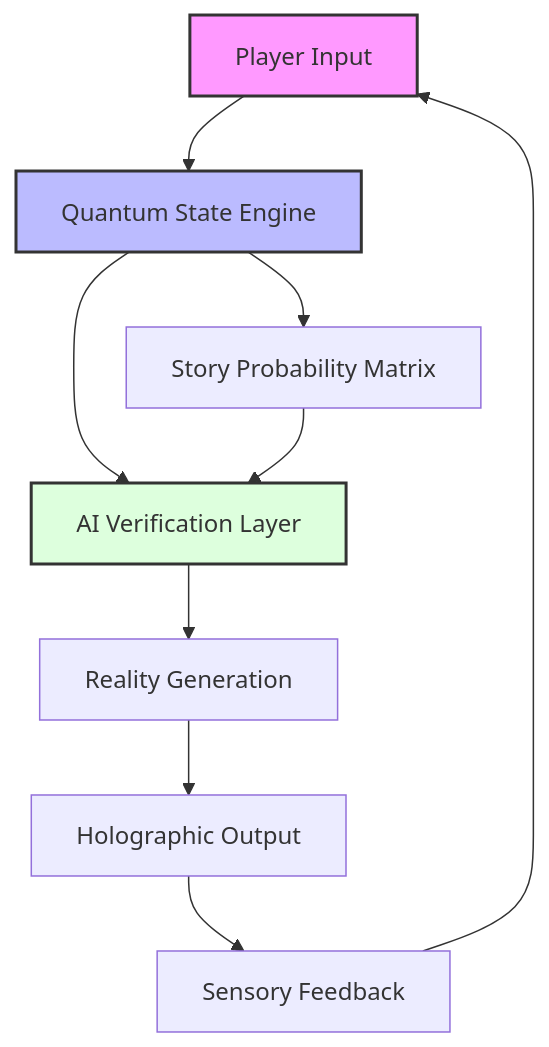
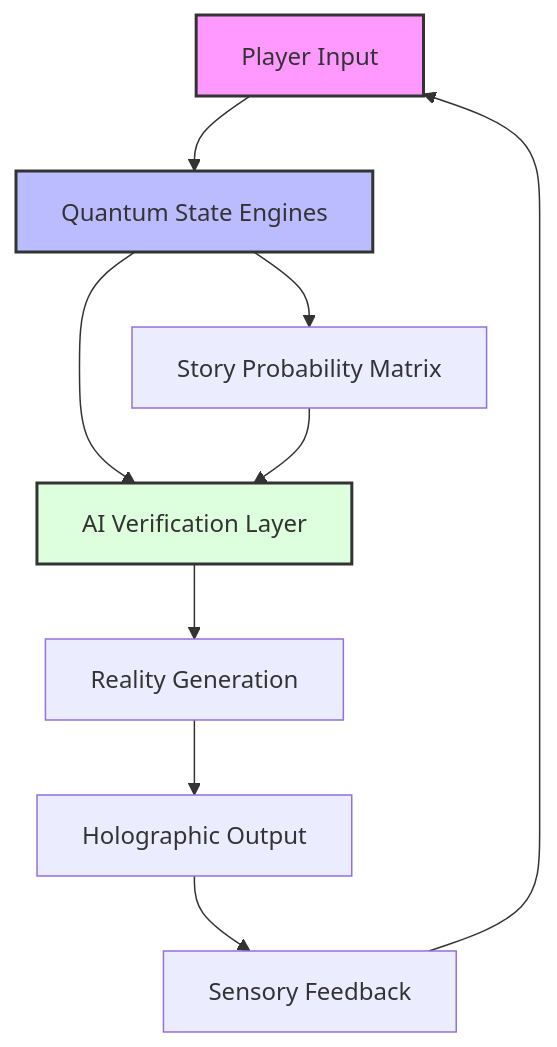
Before and after one commit to AiwonA1/FractiVerse-1.0: the first of 5 diagrams in set_design/set_design_README.md, drawn with Mermaid.

````diff
--- a/set_design/set_design_README.md
+++ b/set_design/set_design_README.md
@@ -17,14 +17,14 @@
 ```mermaid
 graph TD
-    A[Player Input] --> B[Quantum State Engine]
+    A[Player Input] --> B[Quantum State Engines]
     B --> C[AI Verification Layer]
     C --> D[Reality Generation]
     D --> E[Holographic Output]
     E --> F[Sensory Feedback]
     F --> A
     B --> G[Story Probability Matrix]
     G --> C
     style A fill:#f9f,stroke:#333,stroke-width:2px
     style B fill:#bbf,stroke:#333,stroke-width:2px
     style C fill:#dfd,stroke:#333,stroke-width:2px
 ```
````
